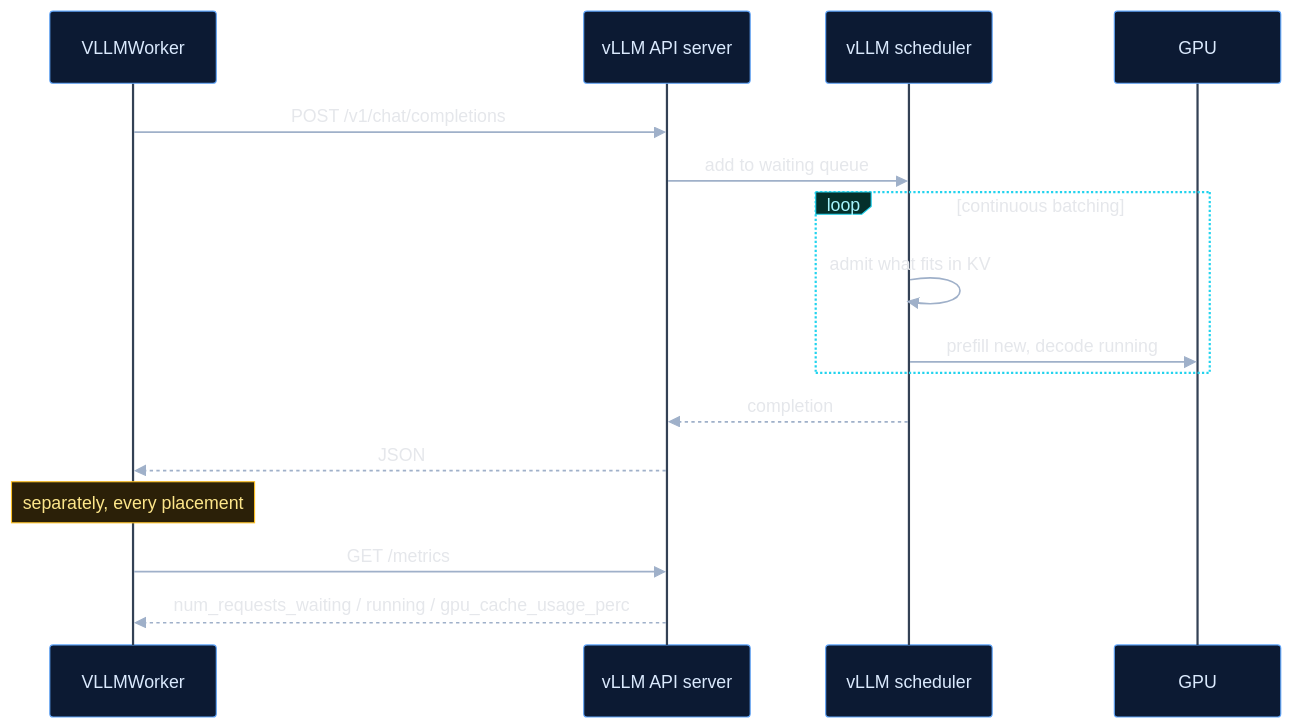
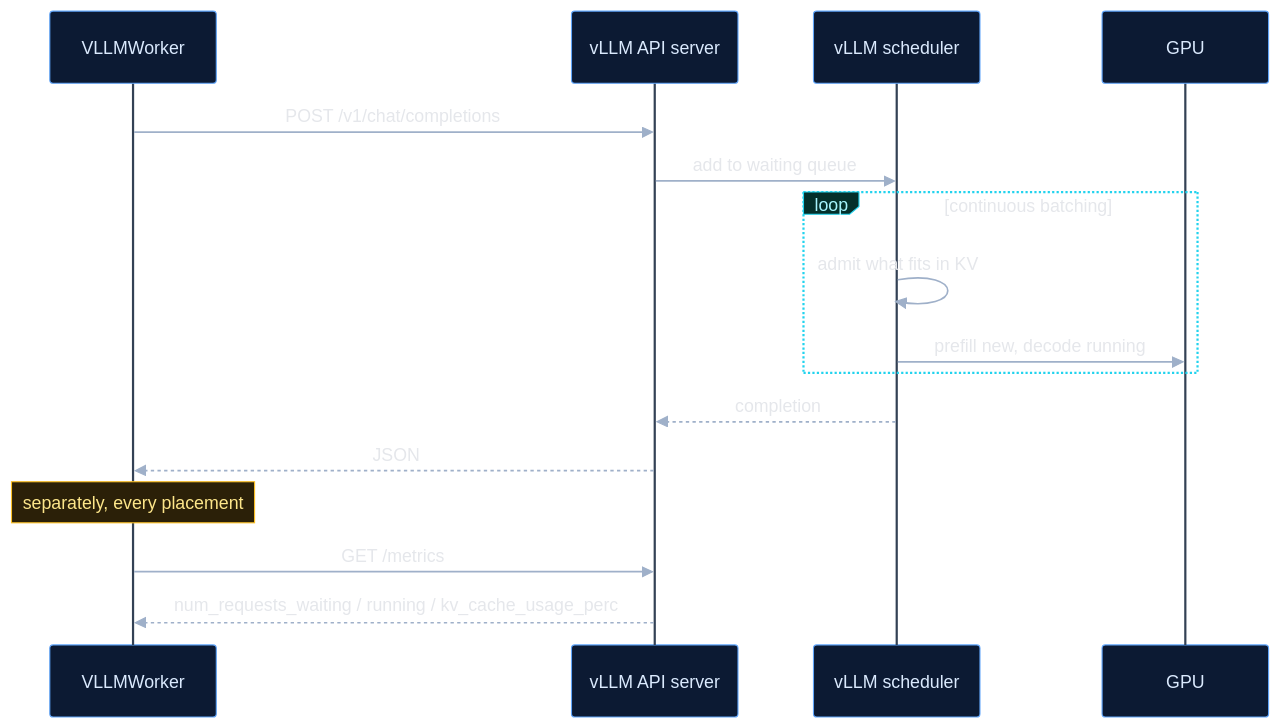
One commit to harshuljain13/Dodona changed the eighth of 9 diagrams in docs/cluster/DATAFLOW.md. Above: the diagram before and after it, drawn with Mermaid. The commit also changed other lines of this file and 8 other files, not shown here.

````diff
--- a/docs/cluster/DATAFLOW.md
+++ b/docs/cluster/DATAFLOW.md
@@ -407,29 +407,29 @@
 ```mermaid
 %%{init: {'theme':'base','themeVariables':{
   'darkMode':true,'background':'#0B0B0B',
   'fontFamily':'Helvetica, Arial, sans-serif','fontSize':'13.5px',
   'actorBkg':'#0C1A33','actorBorder':'#60A5FA','actorTextColor':'#DBEAFE','actorLineColor':'#334155',
   'signalColor':'#9FB0C9','signalTextColor':'#E5E7EB',
   'noteBkgColor':'#2B2008','noteBorderColor':'#FBBF24','noteTextColor':'#FDE68A',
   'activationBkgColor':'#06220F','activationBorderColor':'#4ADE80',
   'labelBoxBkgColor':'#04302B','labelBoxBorderColor':'#22D3EE','labelTextColor':'#A5F3FC',
   'sequenceNumberColor':'#0B0B0B','loopTextColor':'#E5E7EB','textColor':'#E5E7EB'
 }}}%%
 sequenceDiagram
     participant W as VLLMWorker
     participant API as vLLM API server
     participant SCH as vLLM scheduler
     participant GPU as GPU
 
     W->>API: POST /v1/chat/completions
     API->>SCH: add to waiting queue
     loop continuous batching
         SCH->>SCH: admit what fits in KV
         SCH->>GPU: prefill new, decode running
     end
     SCH-->>API: completion
     API-->>W: JSON
     Note over W: separately, every placement
     W->>API: GET /metrics
-    API-->>W: num_requests_waiting / running / gpu_cache_usage_perc
+    API-->>W: num_requests_waiting / running / kv_cache_usage_perc
 ```
````
